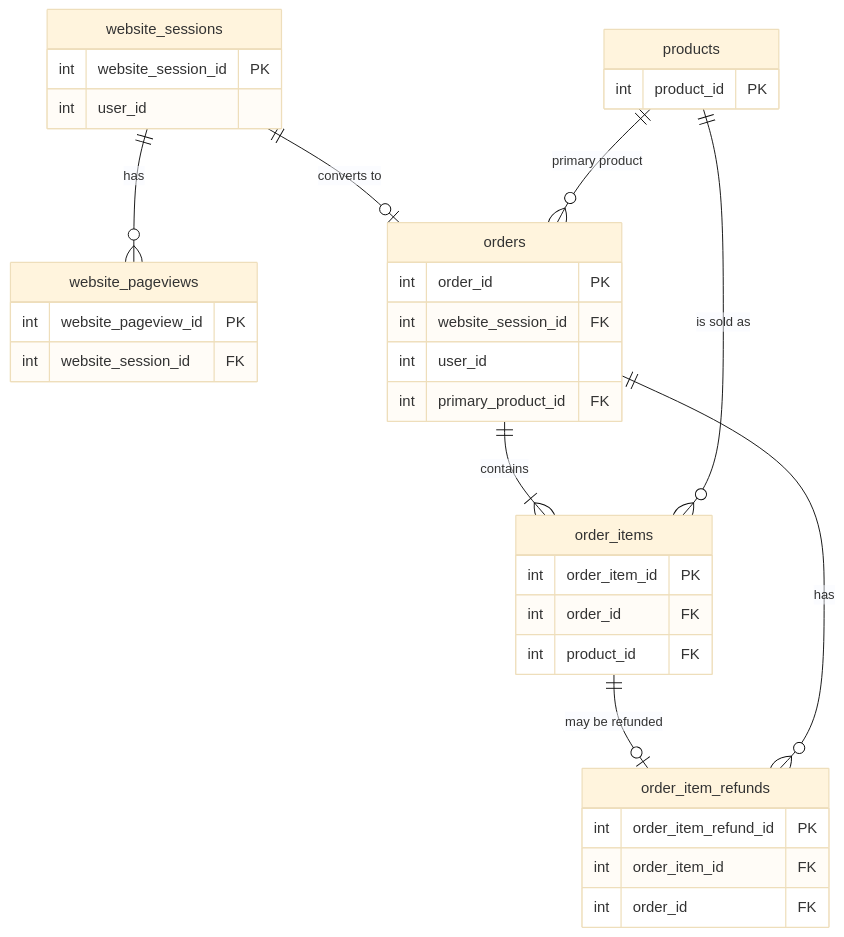
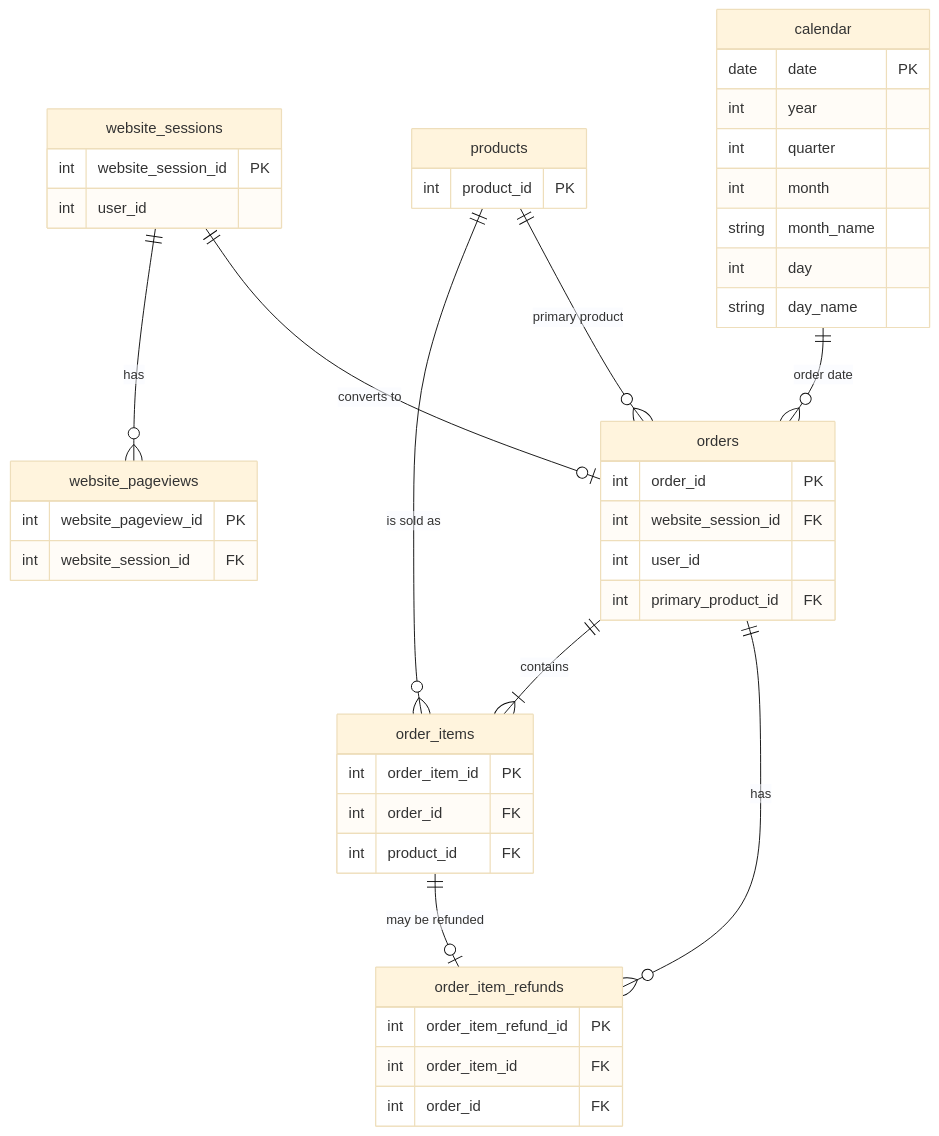
One commit to giteshsoni24/Toy_Store_E-Commerce changed the diagram in README.md. Above: the diagram before and after it, drawn with Mermaid (base theme). The commit also changed other lines of this file, not shown here.

First line of the commit message:
Enhance README with calendar schema and SQL skills

````diff
--- a/README.md
+++ b/README.md
@@ -83,38 +83,48 @@
 ```mermaid
 erDiagram
     website_sessions ||--o{ website_pageviews : "has"
     website_sessions ||--o| orders : "converts to"
     orders ||--|{ order_items : "contains"
     products ||--o{ order_items : "is sold as"
     products ||--o{ orders : "primary product"
     order_items ||--o| order_item_refunds : "may be refunded"
     orders ||--o{ order_item_refunds : "has"
+   	calendar ||--o{ orders : "order date"
 
     website_sessions {
         int website_session_id PK
         int user_id
     }
     website_pageviews {
         int website_pageview_id PK
         int website_session_id FK
     }
     orders {
         int order_id PK
         int website_session_id FK
         int user_id
         int primary_product_id FK
     }
     order_items {
         int order_item_id PK
         int order_id FK
         int product_id FK
     }
     order_item_refunds {
         int order_item_refund_id PK
         int order_item_id FK
         int order_id FK
     }
     products {
         int product_id PK
     }
+	calendar {
+        date date PK
+        int year
+        int quarter
+        int month
+        string month_name
+        int day
+        string day_name
+    }
 ```
````
